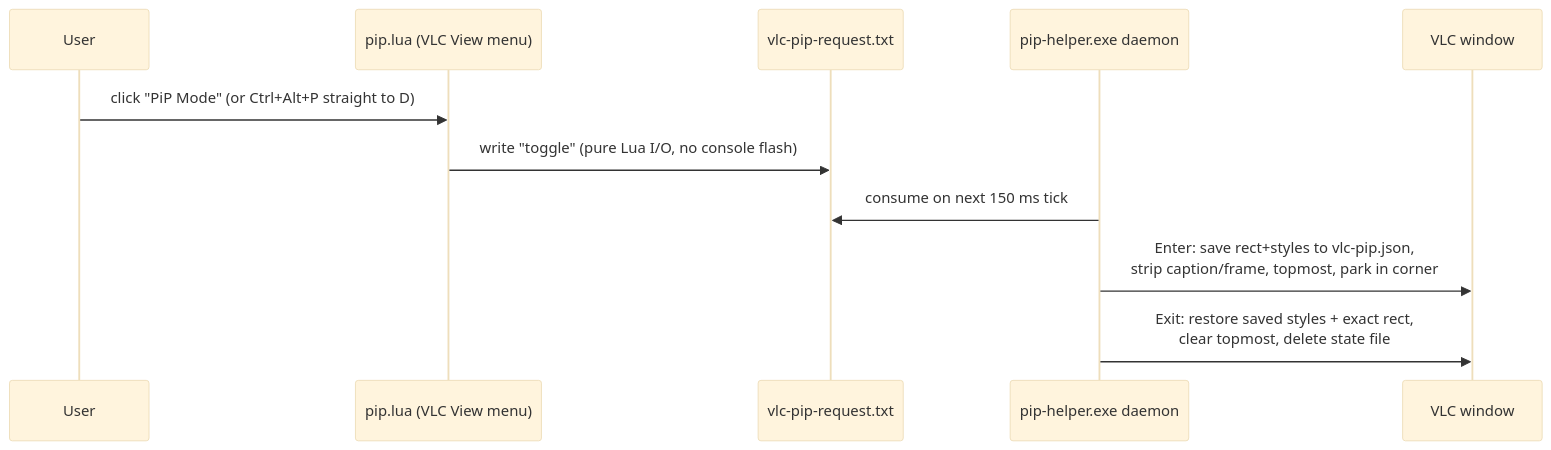
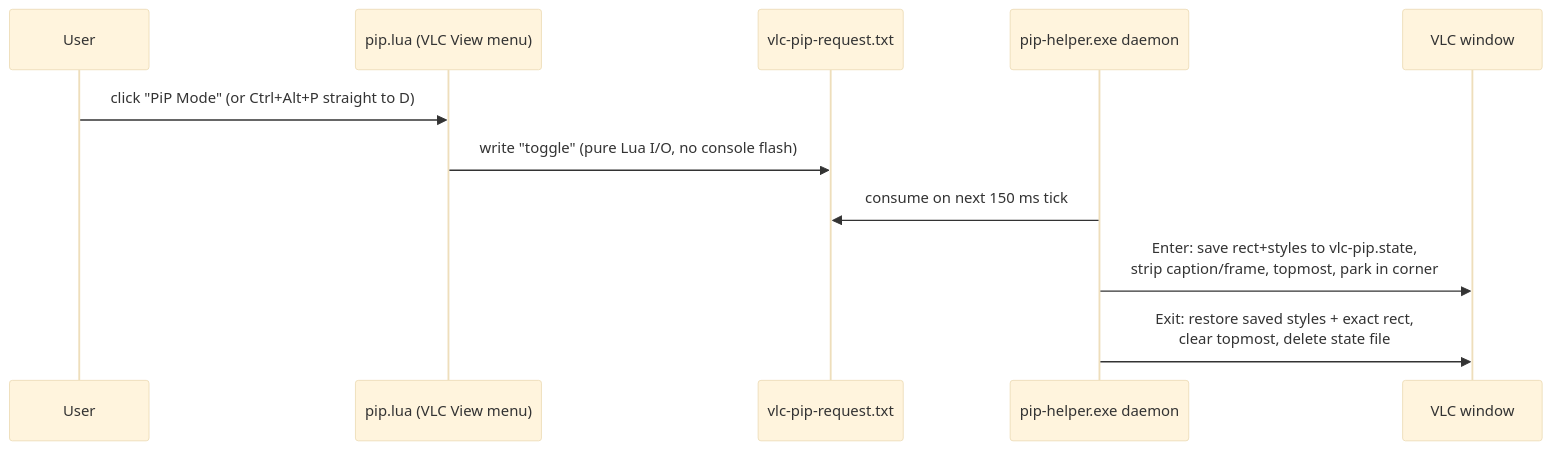
One commit to Bug-Finderr/vlc-pip changed the first of 2 diagrams in docs/ARCHITECTURE.md. Above: the diagram before and after it, drawn with Mermaid (base theme). The commit also changed other lines of this file and 9 other files, not shown here.

First line of the commit message:
refactor: whitespace state file, Corner enum, drop v1 JSON compat

````diff
--- a/docs/ARCHITECTURE.md
+++ b/docs/ARCHITECTURE.md
@@ -7,14 +7,14 @@
 ```mermaid
 sequenceDiagram
     participant U as User
     participant L as pip.lua (VLC View menu)
     participant R as vlc-pip-request.txt
     participant D as pip-helper.exe daemon
     participant V as VLC window
 
     U->>L: click "PiP Mode" (or Ctrl+Alt+P straight to D)
     L->>R: write "toggle" (pure Lua I/O, no console flash)
     D->>R: consume on next 150 ms tick
-    D->>V: Enter: save rect+styles to vlc-pip.json,<br>strip caption/frame, topmost, park in corner
+    D->>V: Enter: save rect+styles to vlc-pip.state,<br>strip caption/frame, topmost, park in corner
     D->>V: Exit: restore saved styles + exact rect,<br>clear topmost, delete state file
 ```
````
